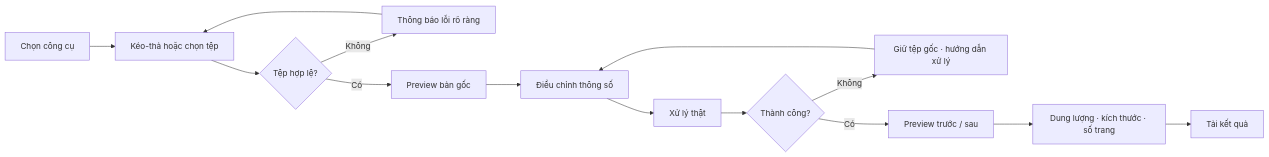
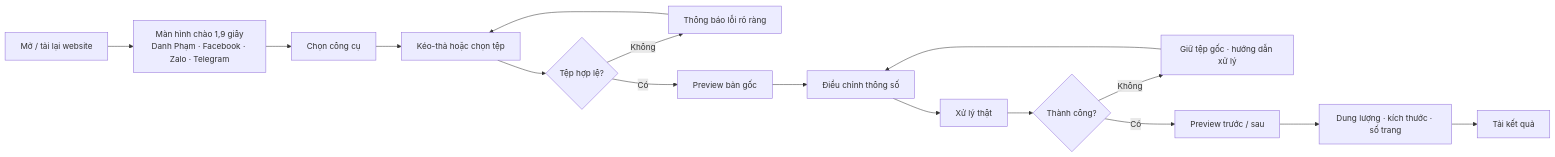
One commit to phamcongdanh98/Web-tool-ALL changed the third of 5 diagrams in DIAGRAMS.md. Above: the diagram before and after it, drawn with Mermaid. The commit also changed 4 other files, not shown here.

````diff
--- a/DIAGRAMS.md
+++ b/DIAGRAMS.md
@@ -82,16 +82,18 @@
 ```mermaid
 flowchart LR
-    A["Chọn công cụ"] --> B["Kéo-thả hoặc chọn tệp"]
+    O["Mở / tải lại website"] --> W["Màn hình chào 1,9 giây<br/>Danh Phạm · Facebook · Zalo · Telegram"]
+    W --> A["Chọn công cụ"]
+    A --> B["Kéo-thả hoặc chọn tệp"]
     B --> C{"Tệp hợp lệ?"}
     C -- "Không" --> D["Thông báo lỗi rõ ràng"]
     D --> B
     C -- "Có" --> E["Preview bản gốc"]
     E --> F["Điều chỉnh thông số"]
     F --> G["Xử lý thật"]
     G --> H{"Thành công?"}
     H -- "Không" --> I["Giữ tệp gốc · hướng dẫn xử lý"]
     I --> F
     H -- "Có" --> J["Preview trước / sau"]
     J --> K["Dung lượng · kích thước · số trang"]
     K --> L["Tải kết quả"]
 ```
````
